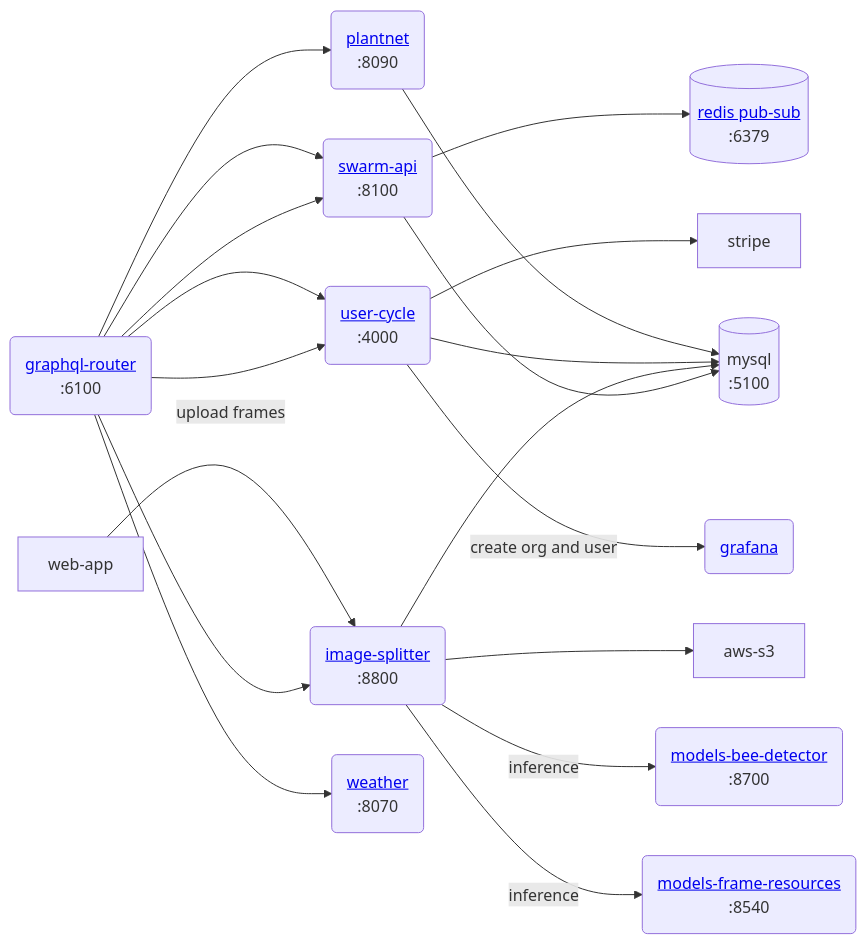
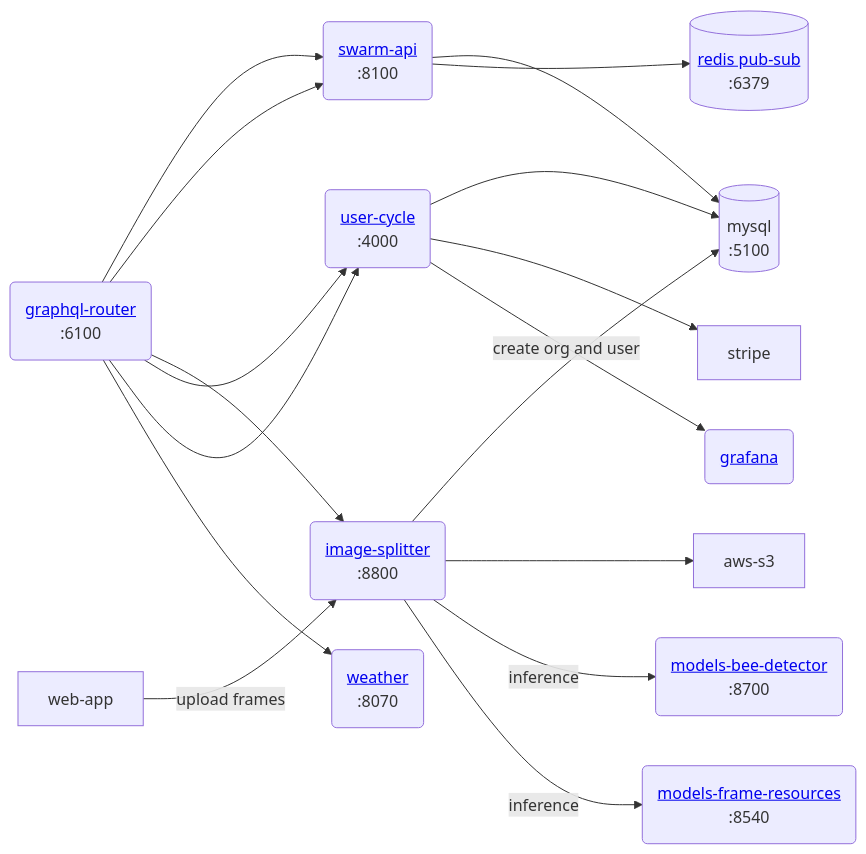
Before and after one commit to Gratheon/web-app: the second of 3 diagrams in README.md, drawn with Mermaid. The commit also changed 5 other files, not shown here.

First line of the commit message:
Remove PlantNet local plants UI and GraphQL contract

````diff
--- a/README.md
+++ b/README.md
@@ -245,18 +245,17 @@
 ```mermaid
 flowchart LR
 	graphql-router("<a href='https://github.com/Gratheon/graphql-router'>graphql-router</a>\n :6100") --> swarm-api("<a href='https://github.com/Gratheon/swarm-api'>swarm-api</a>\n:8100") --> mysql[(mysql\n:5100)]
 	graphql-router --> swarm-api --> redis[("<a href='https://github.com/Gratheon/redis'>redis pub-sub</a>\n:6379")]
 
 	graphql-router --> image-splitter("<a href='https://github.com/Gratheon/image-splitter'>image-splitter</a>\n:8800") --> mysql
 
 	web-app --"upload frames"--> image-splitter --> aws-s3
 	image-splitter --"inference"--> models-bee-detector("<a href='https://github.com/Gratheon/models-bee-detector'>models-bee-detector</a>\n:8700")
 	image-splitter --"inference"--> models-frame-resources("<a href='https://github.com/Gratheon/models-frame-resources'>models-frame-resources</a>\n:8540")
 	graphql-router --> user-cycle("<a href='https://github.com/Gratheon/user-cycle'>user-cycle</a>\n:4000") --> mysql
 	graphql-router --> user-cycle --> stripe
-	graphql-router --> plantnet("<a href='https://github.com/Gratheon/plantnet'>plantnet</a>\n:8090") --> mysql
 
 	graphql-router --> weather("<a href='https://github.com/Gratheon/weather'>weather</a>\n:8070")
 	user-cycle --"create org and user"--> grafana("<a href='https://github.com/gratheon/grafana'>grafana</a>")
 
 ```
````
